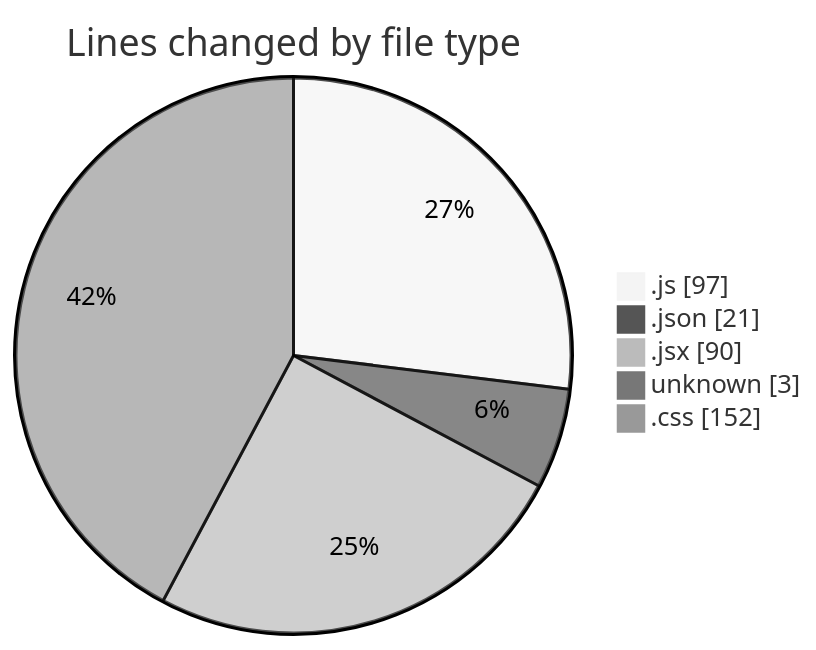
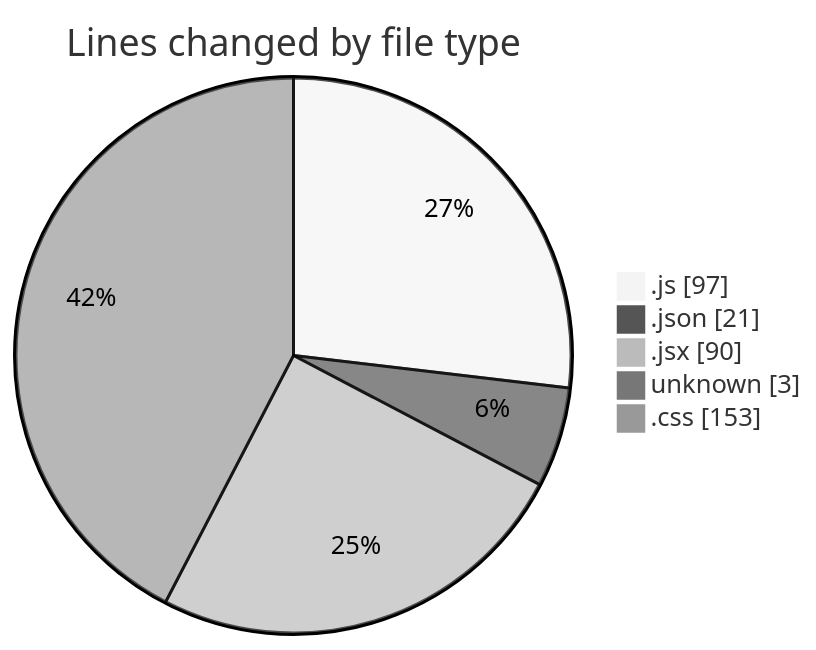
Before and after one commit to Ritupan-Deka/code-tracking: the first of 2 diagrams in 2025-06-03/realtimechat/README.md, drawn with Mermaid (neutral theme). The commit also changed other lines of this file and 1 other file, not shown here.

````diff
--- a/2025-06-03/realtimechat/README.md
+++ b/2025-06-03/realtimechat/README.md
@@ -25,9 +25,9 @@
 ```mermaid
 pie showData
 title Lines changed by file type
 ".js" : 97
 ".json" : 21
 ".jsx" : 90
 "unknown" : 3
-".css" : 152
+".css" : 153
 ```
````
